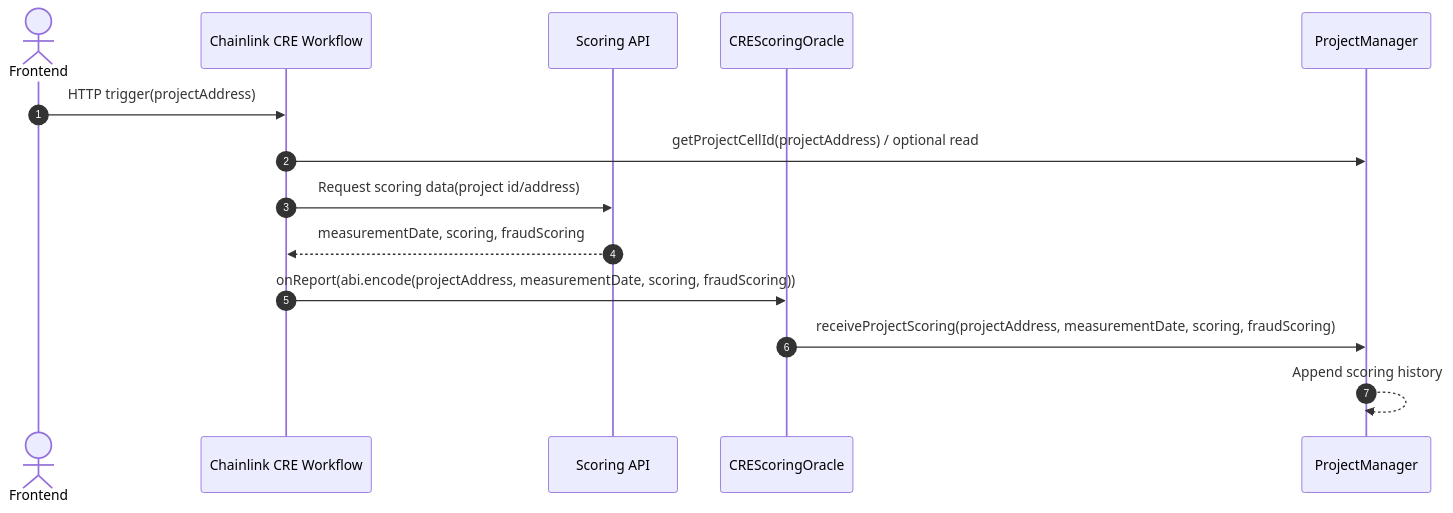
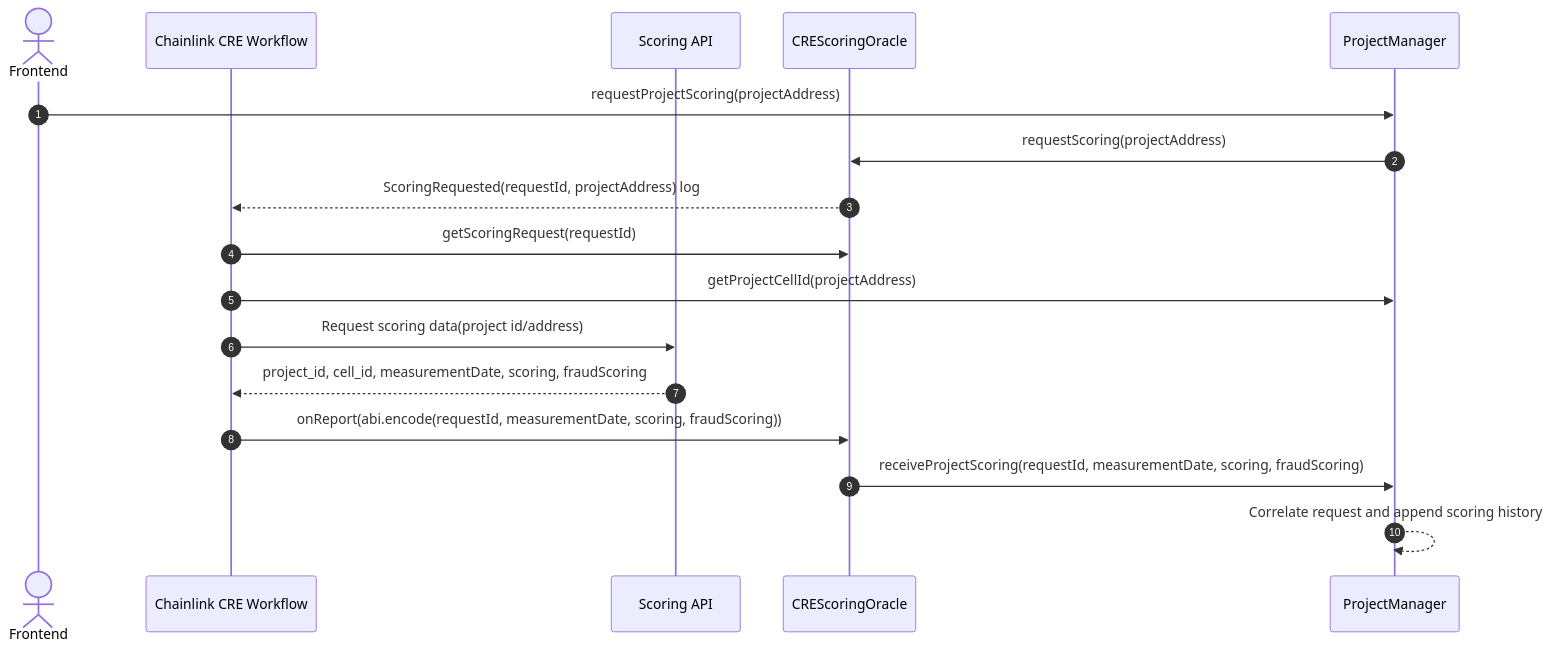
The fourth of 9 diagrams in docs/contracts/architecture-uml.md (TesinaNotCarbon/NotCarbon), drawn with Mermaid before and after one commit. The commit also changed other lines of this file and 40 other files, not shown here.

Commit message:
Add Oracle CRE integrations with simulate

````diff
--- a/docs/contracts/architecture-uml.md
+++ b/docs/contracts/architecture-uml.md
@@ -277,17 +288,20 @@
 ```mermaid
 sequenceDiagram
     autonumber
     actor Frontend
     participant CRE as Chainlink CRE Workflow
     participant API as Scoring API
     participant Oracle as CREScoringOracle
     participant PM as ProjectManager
 
-    Frontend->>CRE: HTTP trigger(projectAddress)
-    CRE->>PM: getProjectCellId(projectAddress) / optional read
+    Frontend->>PM: requestProjectScoring(projectAddress)
+    PM->>Oracle: requestScoring(projectAddress)
+    Oracle-->>CRE: ScoringRequested(requestId, projectAddress) log
+    CRE->>Oracle: getScoringRequest(requestId)
+    CRE->>PM: getProjectCellId(projectAddress)
     CRE->>API: Request scoring data(project id/address)
-    API-->>CRE: measurementDate, scoring, fraudScoring
-    CRE->>Oracle: onReport(abi.encode(projectAddress, measurementDate, scoring, fraudScoring))
-    Oracle->>PM: receiveProjectScoring(projectAddress, measurementDate, scoring, fraudScoring)
-    PM-->>PM: Append scoring history
+    API-->>CRE: project_id, cell_id, measurementDate, scoring, fraudScoring
+    CRE->>Oracle: onReport(abi.encode(requestId, measurementDate, scoring, fraudScoring))
+    Oracle->>PM: receiveProjectScoring(requestId, measurementDate, scoring, fraudScoring)
+    PM-->>PM: Correlate request and append scoring history
 ```
````
